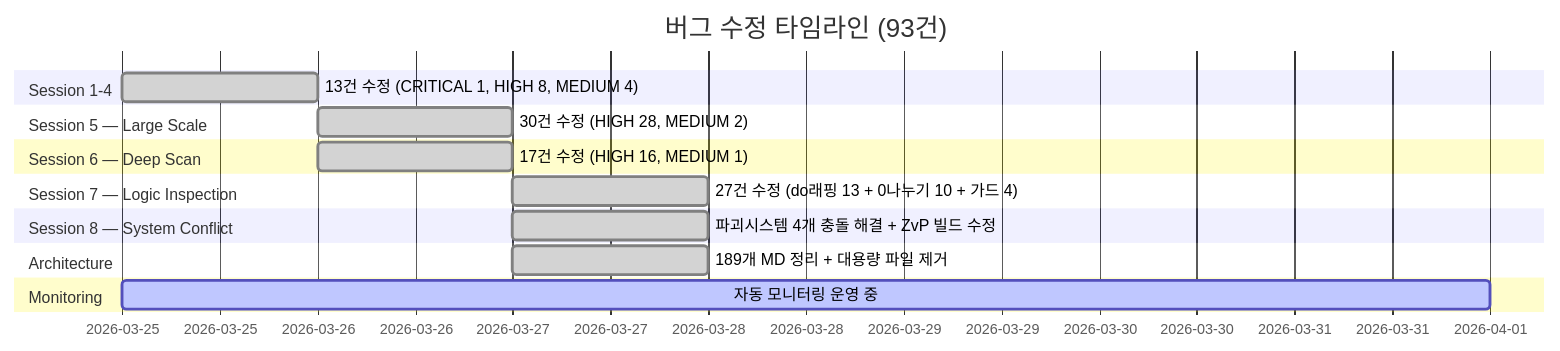
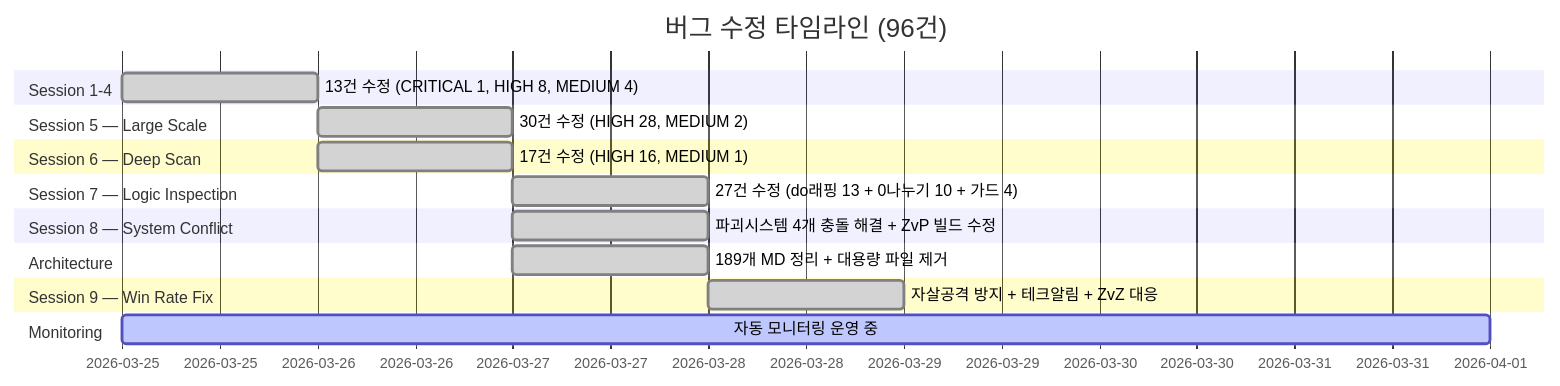
One commit to sun475300-sudo/Swarm-control-in-sc2bot changed diagram 23 of 31 in README.md. Above: the diagram before and after it, drawn with Mermaid. The commit also changed other lines of this file and 3 other files, not shown here.

````diff
--- a/README.md
+++ b/README.md
@@ -633,19 +633,21 @@
 ```mermaid
 gantt
-    title 버그 수정 타임라인 (93건)
+    title 버그 수정 타임라인 (96건)
     dateFormat YYYY-MM-DD
     section Session 1-4
         13건 수정 (CRITICAL 1, HIGH 8, MEDIUM 4)   :done, s1, 2026-03-25, 1d
     section Session 5 — Large Scale
         30건 수정 (HIGH 28, MEDIUM 2)              :done, s5, 2026-03-26, 1d
     section Session 6 — Deep Scan
         17건 수정 (HIGH 16, MEDIUM 1)              :done, s6, 2026-03-26, 1d
     section Session 7 — Logic Inspection
         27건 수정 (do래핑 13 + 0나누기 10 + 가드 4) :done, s7, 2026-03-27, 1d
     section Session 8 — System Conflict
         파괴시스템 4개 충돌 해결 + ZvP 빌드 수정    :done, s8, 2026-03-27, 1d
     section Architecture
         189개 MD 정리 + 대용량 파일 제거            :done, s9, 2026-03-27, 1d
+    section Session 9 — Win Rate Fix
+        자살공격 방지 + 테크알림 + ZvZ 대응         :done, s10, 2026-03-28, 1d
     section Monitoring
         자동 모니터링 운영 중                        :active, mon, 2026-03-25, 7d
 ```
````
